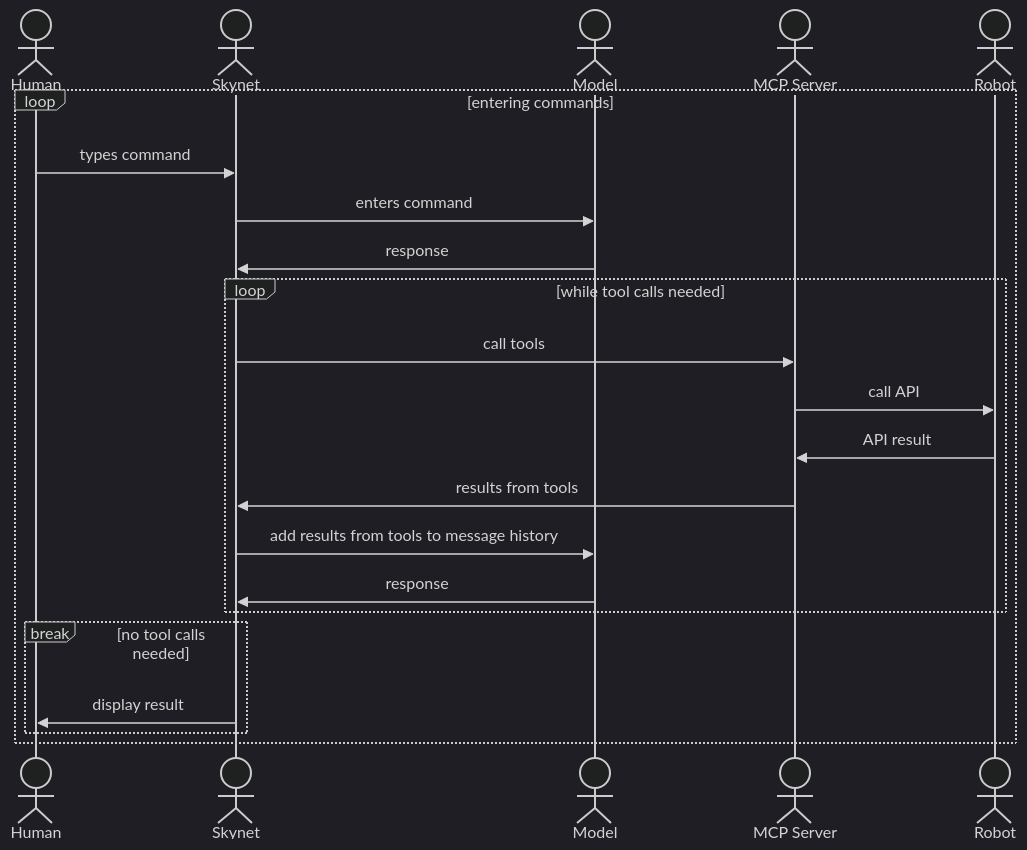
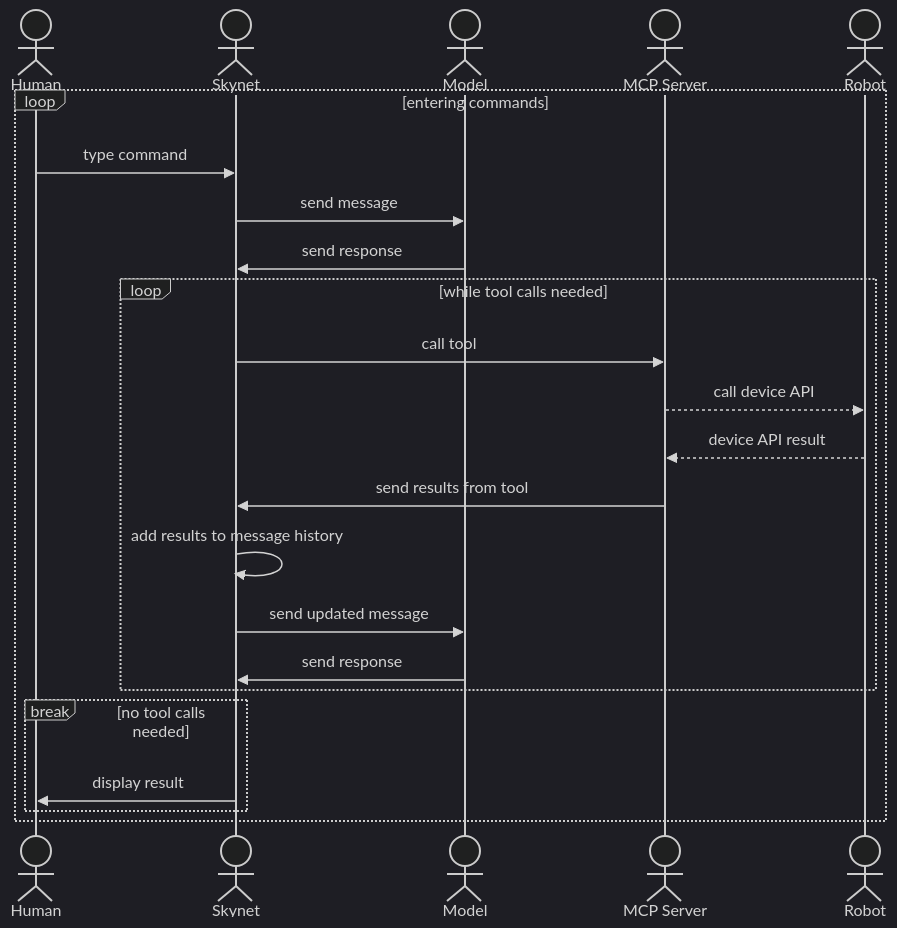
The second of 2 diagrams in README.md (hybridgroup/batty), drawn with Mermaid (dark theme) before and after one commit. The commit also changed other lines of this file, not shown here.

Commit message:
docs: improve diagram in README

````diff
--- a/README.md
+++ b/README.md
@@ -43,24 +43,25 @@
 ```mermaid
 sequenceDiagram
         actor Human
         actor Skynet
         actor Model
         actor MCP Server
         actor Robot
         loop entering commands
-            Human->>Skynet: types command
-            Skynet->>Model: enters command
-            Model->>Skynet: response
+            Human->>Skynet: type command
+            Skynet->>Model: send message
+            Model->>Skynet: send response
             loop while tool calls needed
-                Skynet->>MCP Server: call tools
-                MCP Server->>Robot: call API
-                Robot->>MCP Server: API result
-                MCP Server->>Skynet: results from tools
-                Skynet->>Model: add results from tools to message history
-                Model->>Skynet: response
+                Skynet->>MCP Server: call tool
+                MCP Server-->>Robot: call device API
+                Robot-->>MCP Server: device API result
+                MCP Server->>Skynet: send results from tool
+                Skynet->>Skynet: add results to message history
+                Skynet->>Model: send updated message
+                Model->>Skynet: send response
             end
             break no tool calls needed
                 Skynet->>Human: display result
             end
         end
 ```
````
